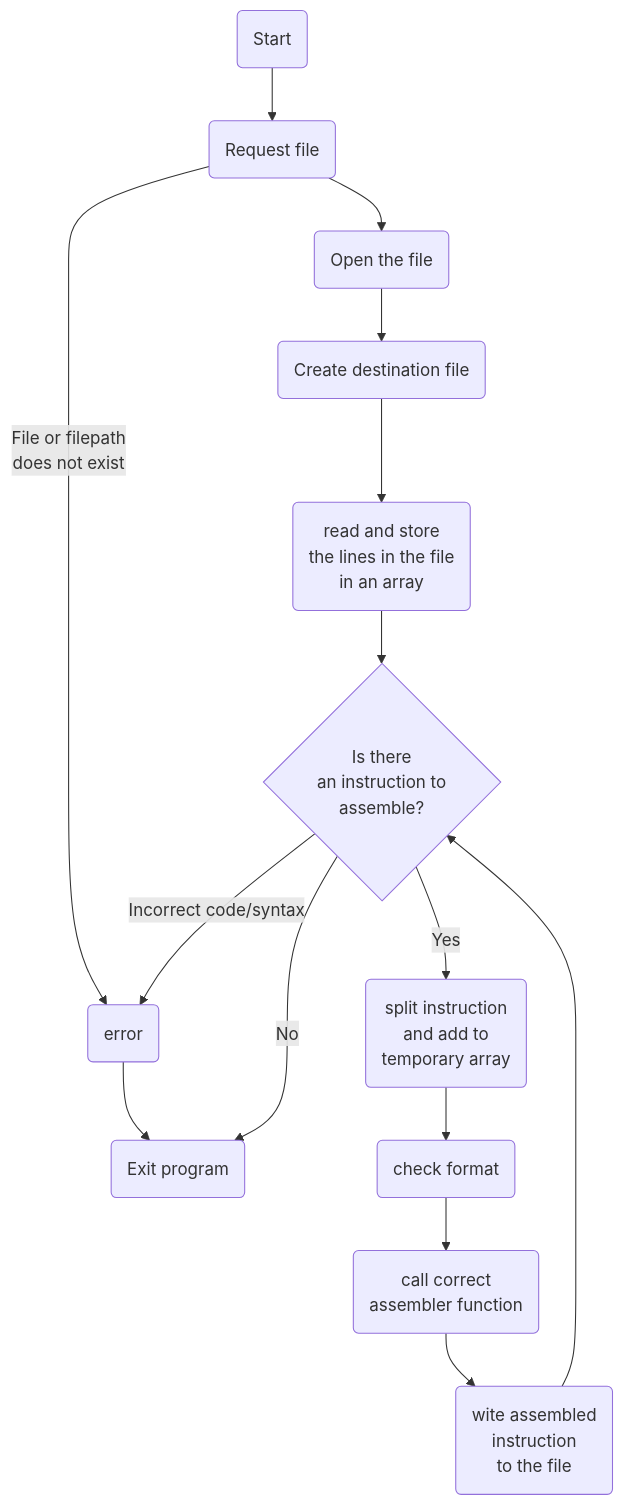
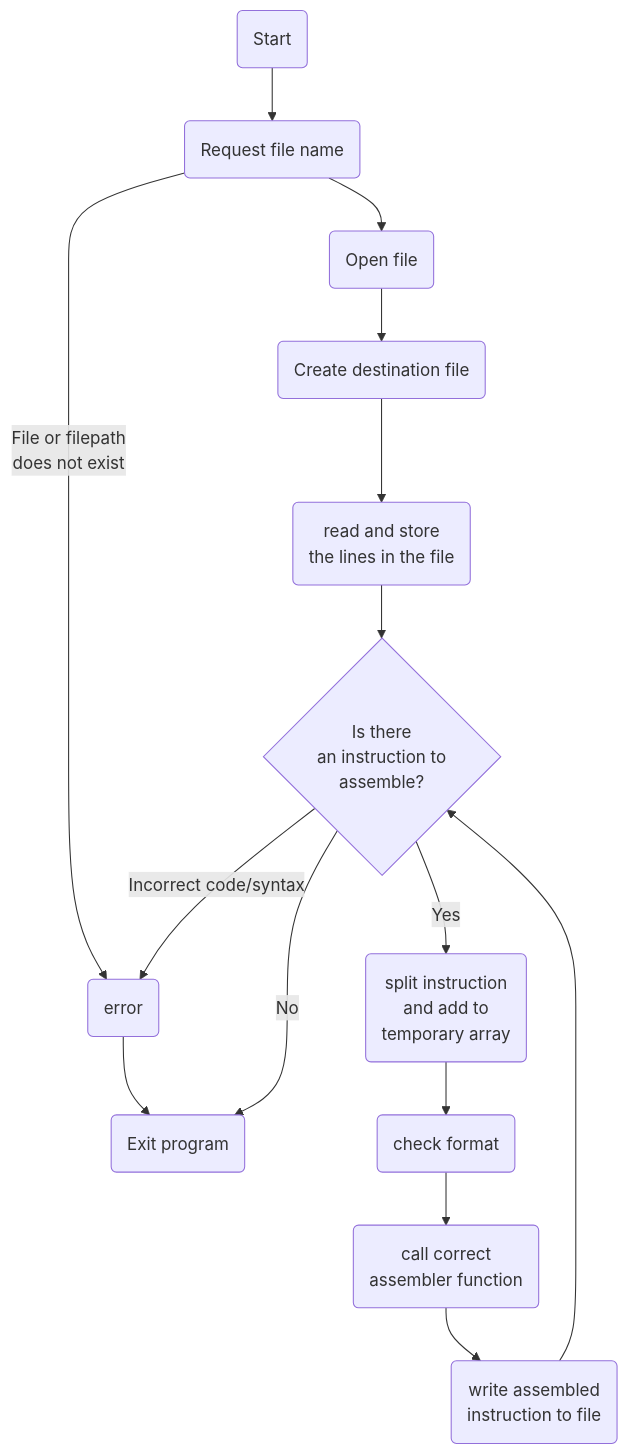
Before and after one commit to StijnVerwoerd/Risc-Verter-32: the diagram in README.md, drawn with Mermaid. The commit also changed other lines of this file and 6 other files, not shown here.

````diff
--- a/README.md
+++ b/README.md
@@ -5,46 +19,44 @@
 ```mermaid
 
-graph TB
+graph TD
 
     start(Start)
-    file(Request file)
+    file(Request file name)
     error(error)
     exit(Exit program)
-    openFile(Open the file)
+    openFile(Open file)
     readLines(read and store
-    the lines in the file
-    in an array)
+    the lines in the file)
     newFile(Create destination file)
 
 
         analyzeFile{Is there 
         an instruction to 
         assemble?}
         split(split instruction
         and add to
         temporary array)
         format(check format)
         function(call correct 
         assembler function)
-        assembledFile(wite assembled
-        instruction 
-        to the file)
+        assembledFile(write assembled
+        instruction to file)
 
     start --> file
 
     file -- File or filepath 
     does not exist --> error 
 
     file --> openFile
     error --> exit
     openFile --> newFile
     newFile --> readLines
     readLines --> analyzeFile
     analyzeFile -- Yes --> split
     analyzeFile -- No --> exit
     analyzeFile -- Incorrect code/syntax --> error
     split --> format
     format --> function
     function --> assembledFile
     assembledFile --> analyzeFile
 ```
````
